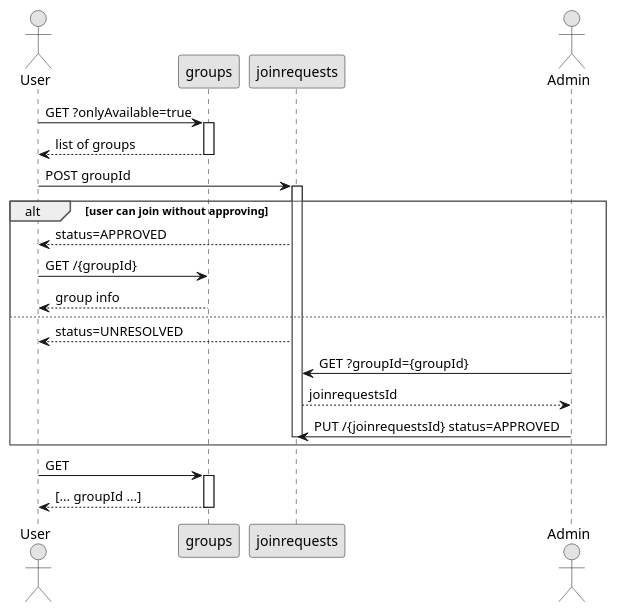
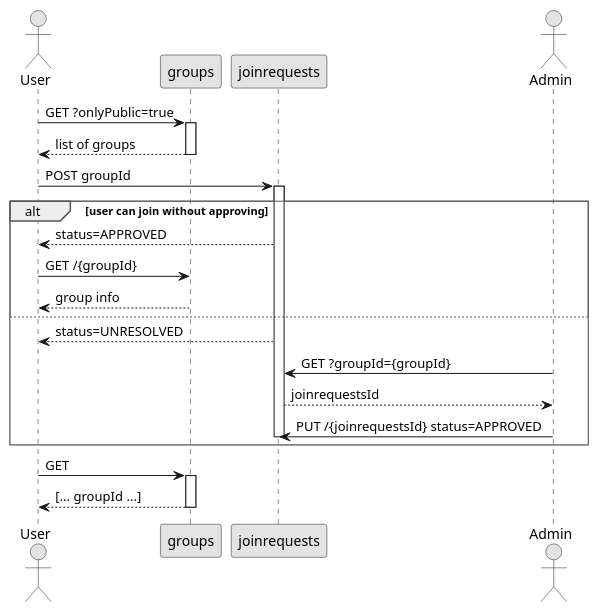
The diagram in docs/dev/invite.puml (leonidv/ideaelection), drawn with PlantUML before and after one commit. The commit also changed 10 other files, not shown here.

Commit message:
Add groups creations and load available groups

```diff
--- a/docs/dev/invite.puml
+++ b/docs/dev/invite.puml
@@ -1,42 +1,42 @@
 @startuml
 
 skinparam monochrome true
 skinparam shadowing false
 
 skinparam Sequence {
     GroupBorderColor #ff0f0f
     GroupShadow false
     GroupBorderThickness 1
     GroupHeaderFontStyle normal
     GroupBodyBackgroundColor white
 }
 
 
 actor User
-User -> "groups" : GET ?onlyAvailable=true
+User -> "groups" : GET ?onlyPublic=true
 activate "groups"
 User <-- "groups" : list of groups
 deactivate "groups"
 
 User -> "joinrequests" : POST groupId
 activate "joinrequests"
 
 alt user can join without approving
     User <-- "joinrequests" : status=APPROVED
     User ->  "groups"  : GET /{groupId}
     User <-- "groups" : group info
 else
     User <-- "joinrequests" : status=UNRESOLVED
     actor Admin
     Admin ->  "joinrequests" : GET ?groupId={groupId}
     Admin <-- "joinrequests" : joinrequestsId
     Admin ->  "joinrequests" : PUT /{joinrequestsId} status=APPROVED
     deactivate "joinrequests"
 end
 
 User -> "groups" : GET
 activate "groups"
 User <-- "groups" : [... groupId ...]
 deactivate "groups"
 
 @enduml
```
